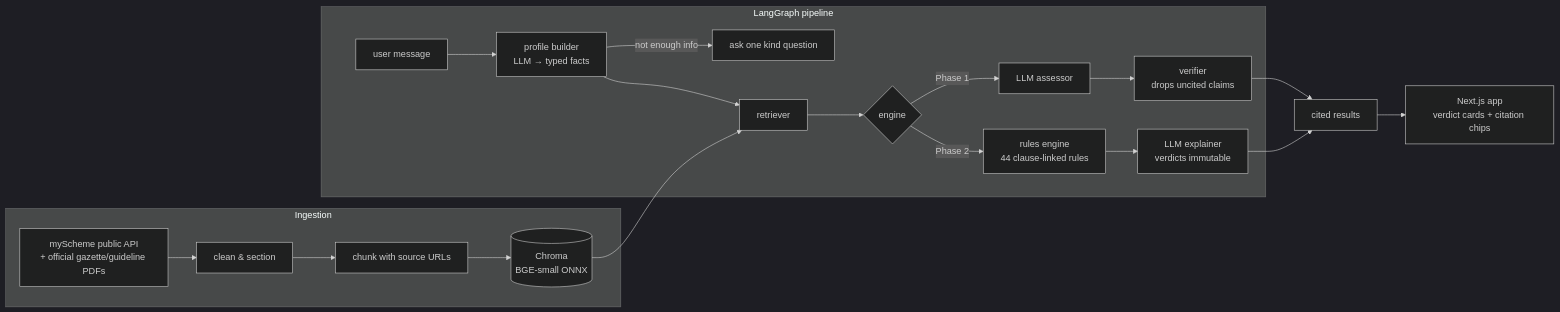
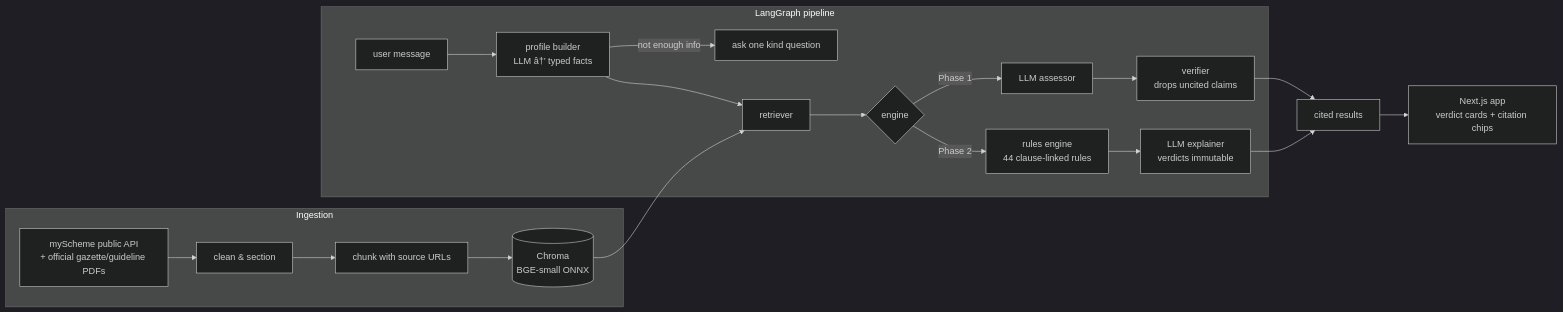
One commit to Ansh-Goyal01/ADHIKAAR changed the diagram in README.md. Above: the diagram before and after it, drawn with Mermaid (dark theme). The commit also changed other lines of this file and 107 other files, not shown here.

Commit message:
feat: M9 closeout + repo reorg - checklist/what-if/feedback, i18n mobile fixes, web->frontend rename, M10 roadmap

````diff
--- a/README.md
+++ b/README.md
@@ -31,20 +31,20 @@
 ```mermaid
 flowchart LR
     subgraph Ingestion
         A[myScheme public API\n+ official gazette/guideline PDFs] --> B[clean & section]
         B --> C[chunk with source URLs]
         C --> D[(Chroma\nBGE-small ONNX)]
     end
     subgraph Pipeline [LangGraph pipeline]
-        U[user message] --> P[profile builder\nLLM → typed facts]
+        U[user message] --> P[profile builder\nLLM â†’ typed facts]
         P -->|not enough info| Q[ask one kind question]
         P --> R[retriever]
         D --> R
         R --> E{engine}
         E -->|Phase 1| L[LLM assessor] --> V[verifier\ndrops uncited claims]
         E -->|Phase 2| G[rules engine\n44 clause-linked rules] --> X[LLM explainer\nverdicts immutable]
     end
     V --> O[cited results]
     X --> O
     O --> W[Next.js app\nverdict cards + citation chips]
 ```
````
